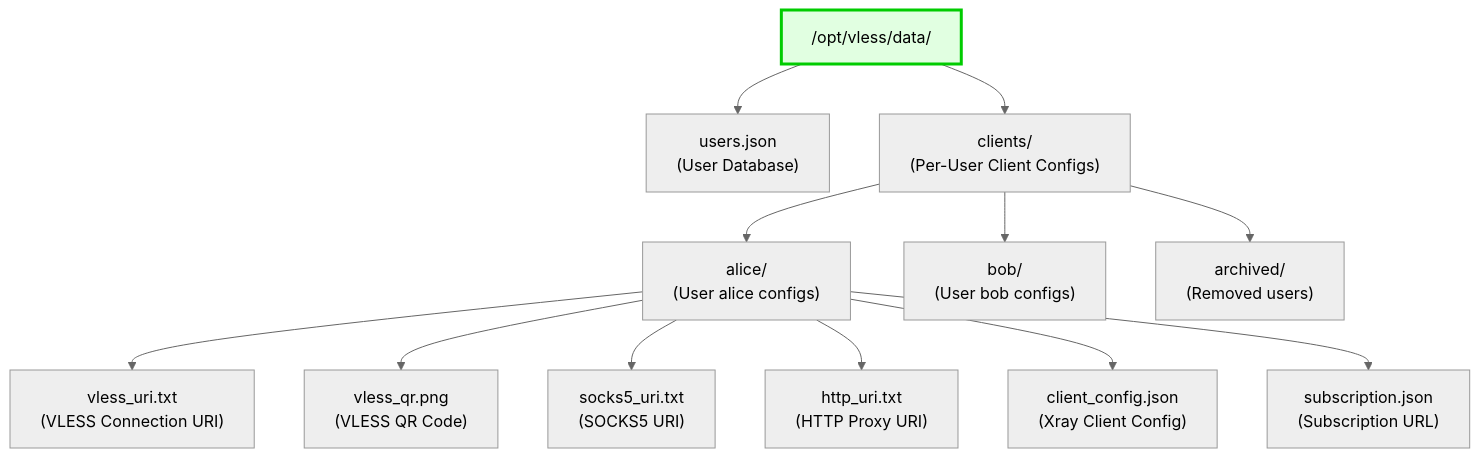
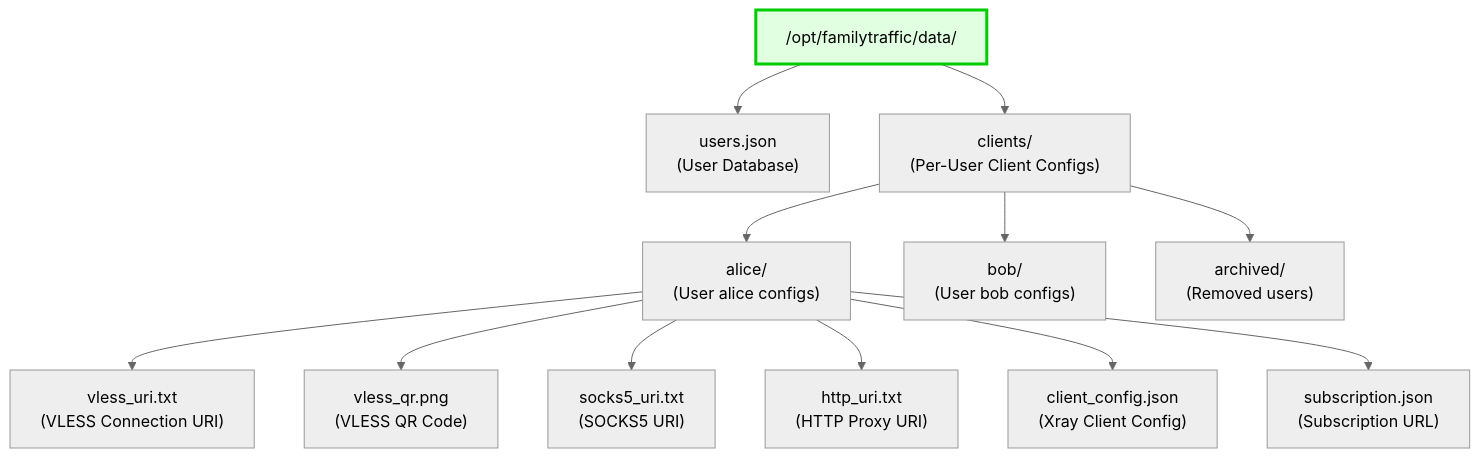
Before and after one commit to ikeniborn/vless: the third of 10 diagrams in docs/architecture/diagrams/deployment/filesystem-layout.md, drawn with Mermaid (neutral theme). The commit also changed other lines of this file and 66 other files, not shown here.

First line of the commit message:
refactor(rename): replace old project name 'vless' with 'familytraffic'

````diff
--- a/docs/architecture/diagrams/deployment/filesystem-layout.md
+++ b/docs/architecture/diagrams/deployment/filesystem-layout.md
@@ -95,23 +95,23 @@
 ```mermaid
 graph TB
-    DataDir["/opt/vless/data/"]
+    DataDir["/opt/familytraffic/data/"]
 
     UsersJSON["users.json<br/>(User Database)"]
     ClientsDir["clients/<br/>(Per-User Client Configs)"]
 
     DataDir --> UsersJSON
     DataDir --> ClientsDir
 
     ClientsDir --> Alice["alice/<br/>(User alice configs)"]
     ClientsDir --> Bob["bob/<br/>(User bob configs)"]
     ClientsDir --> Archived["archived/<br/>(Removed users)"]
 
     Alice --> VLESSUri["vless_uri.txt<br/>(VLESS Connection URI)"]
     Alice --> VLESSQR["vless_qr.png<br/>(VLESS QR Code)"]
     Alice --> SOCKS5Uri["socks5_uri.txt<br/>(SOCKS5 URI)"]
     Alice --> HTTPUri["http_uri.txt<br/>(HTTP Proxy URI)"]
     Alice --> ClientConfig["client_config.json<br/>(Xray Client Config)"]
     Alice --> Subscription["subscription.json<br/>(Subscription URL)"]
 
     style DataDir fill:#e1ffe1,stroke:#00cc00,stroke-width:3px
 ```
````
